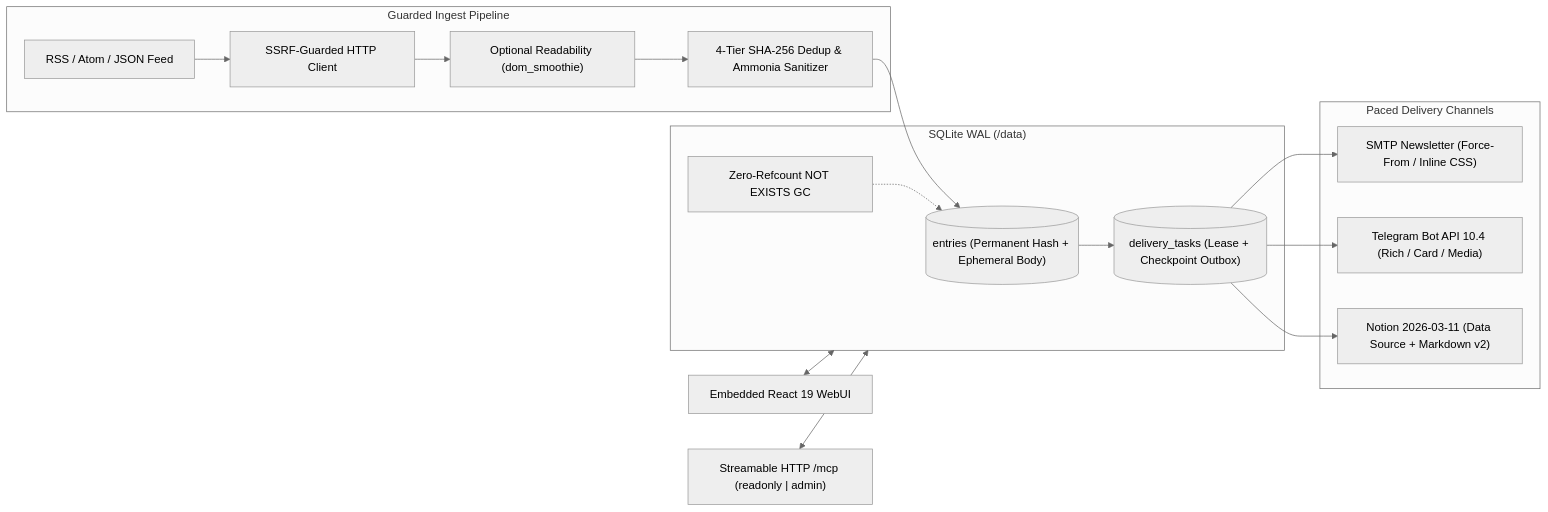
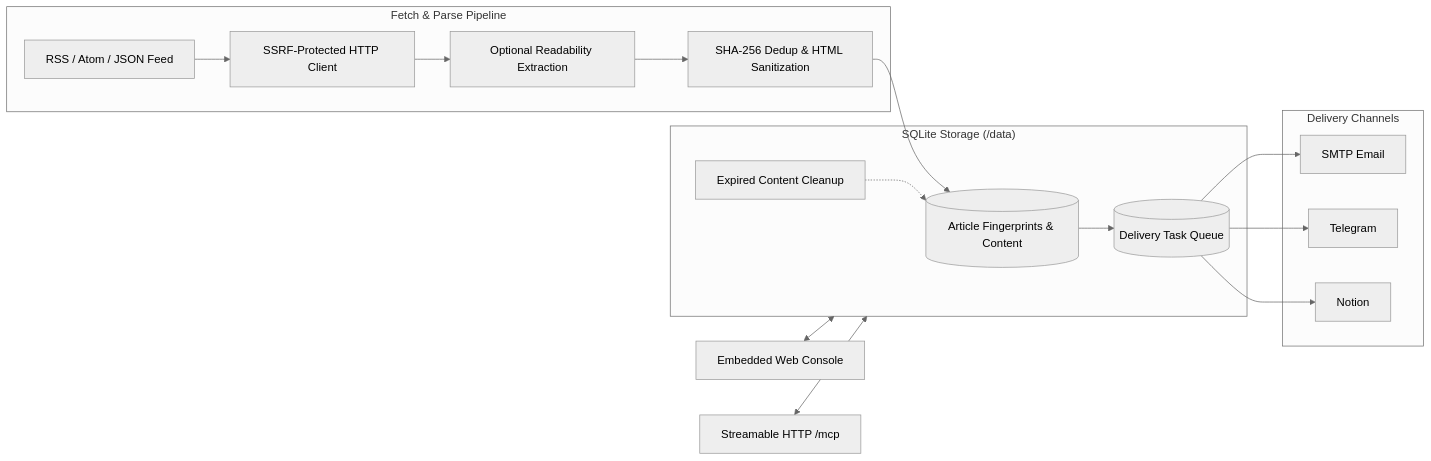
One commit to ElleryHe/FeedCourier changed the diagram in docs/index.md. Above: the diagram before and after it, drawn with Mermaid (neutral theme). The commit also changed other lines of this file and 57 other files, not shown here.

````diff
--- a/docs/index.md
+++ b/docs/index.md
@@ -40,23 +52,23 @@
 ```mermaid
 flowchart LR
-    subgraph Ingest["Guarded Ingest Pipeline"]
-        F["RSS / Atom / JSON Feed"] --> HC["SSRF-Guarded HTTP Client"]
-        HC --> R["Optional Readability (dom_smoothie)"]
-        R --> D["4-Tier SHA-256 Dedup & Ammonia Sanitizer"]
+    subgraph Ingest["Fetch & Parse Pipeline"]
+        F["RSS / Atom / JSON Feed"] --> HC["SSRF-Protected HTTP Client"]
+        HC --> R["Optional Readability Extraction"]
+        R --> D["SHA-256 Dedup & HTML Sanitization"]
     end
 
-    subgraph Storage["SQLite WAL (/data)"]
-        D --> E[("entries (Permanent Hash + Ephemeral Body)")]
-        E --> T[("delivery_tasks (Lease + Checkpoint Outbox)")]
-        GC["Zero-Refcount NOT EXISTS GC"] -.-> E
+    subgraph Storage["SQLite Storage (/data)"]
+        D --> E[("Article Fingerprints & Content")]
+        E --> T[("Delivery Task Queue")]
+        GC["Expired Content Cleanup"] -.-> E
     end
 
-    subgraph Targets["Paced Delivery Channels"]
-        T --> SMTP["SMTP Newsletter (Force-From / Inline CSS)"]
-        T --> TG["Telegram Bot API 10.4 (Rich / Card / Media)"]
-        T --> NT["Notion 2026-03-11 (Data Source + Markdown v2)"]
+    subgraph Targets["Delivery Channels"]
+        T --> SMTP["SMTP Email"]
+        T --> TG["Telegram"]
+        T --> NT["Notion"]
     end
 
-    UI["Embedded React 19 WebUI"] <--> Storage
-    MCP["Streamable HTTP /mcp (readonly | admin)"] <--> Storage
+    UI["Embedded Web Console"] <--> Storage
+    MCP["Streamable HTTP /mcp"] <--> Storage
 ```
````
